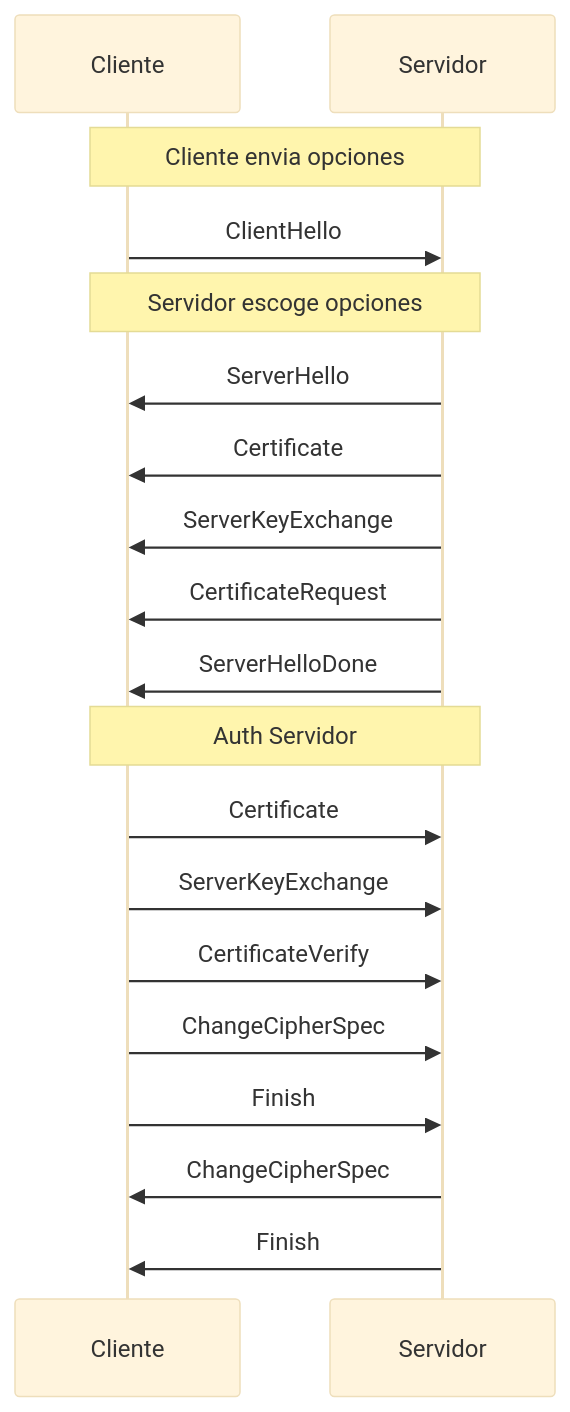
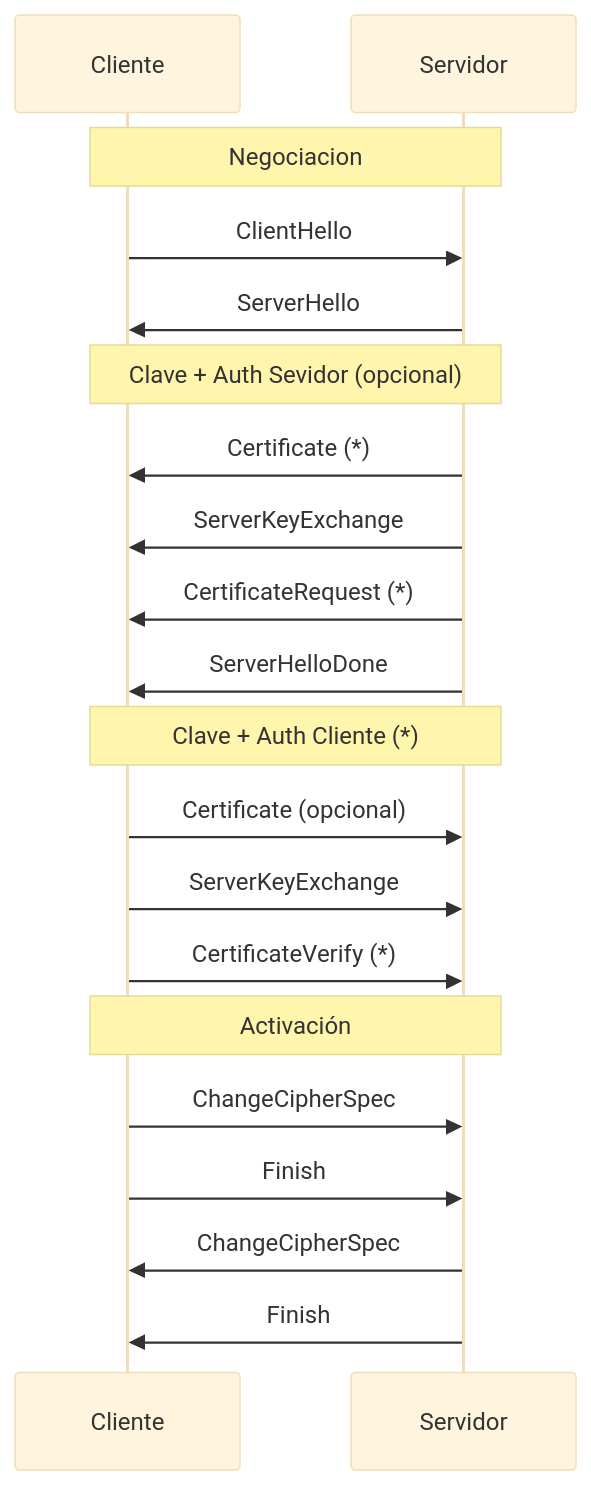
One commit to uo294319/Notes changed the diagram in 4S1/4S1_Sec/data/T4-4.md. Above: the diagram before and after it, drawn with Mermaid (base theme). The commit also changed other lines of this file, not shown here.

Commit message:
Desktop-AAM 2025-11-25:10:16:23

````diff
--- a/4S1/4S1_Sec/data/T4-4.md
+++ b/4S1/4S1_Sec/data/T4-4.md
@@ -50,25 +50,25 @@
 ```mermaid
 sequenceDiagram
-	Note over Cliente,Servidor: Cliente envia opciones
+	Note over Cliente,Servidor: Negociacion
 	Cliente->>Servidor: ClientHello
-	
-	Note over Cliente,Servidor: Servidor escoge opciones
 	Servidor->>Cliente: ServerHello
 	
-	Servidor->>Cliente: Certificate
+	Note over Cliente,Servidor: Clave + Auth Sevidor (opcional)
+	Servidor->>Cliente: Certificate (*)
 	Servidor->>Cliente: ServerKeyExchange
-	Servidor->>Cliente: CertificateRequest
+	Servidor->>Cliente: CertificateRequest (*)
 	
 	Servidor->>Cliente: ServerHelloDone
 	
-	Note over Cliente,Servidor: Auth Servidor
-	Cliente->>Servidor: Certificate
+	Note over Cliente,Servidor: Clave + Auth Cliente (*)
+	Cliente->>Servidor: Certificate (opcional)
 	Cliente->>Servidor: ServerKeyExchange
-	Cliente->>Servidor: CertificateVerify
+	Cliente->>Servidor: CertificateVerify (*)
 	
+	Note over Cliente,Servidor: Activación
 	Cliente->>Servidor: ChangeCipherSpec
 	Cliente->>Servidor: Finish
 	
 	Servidor->>Cliente: ChangeCipherSpec
 	Servidor->>Cliente: Finish
 ```
````
